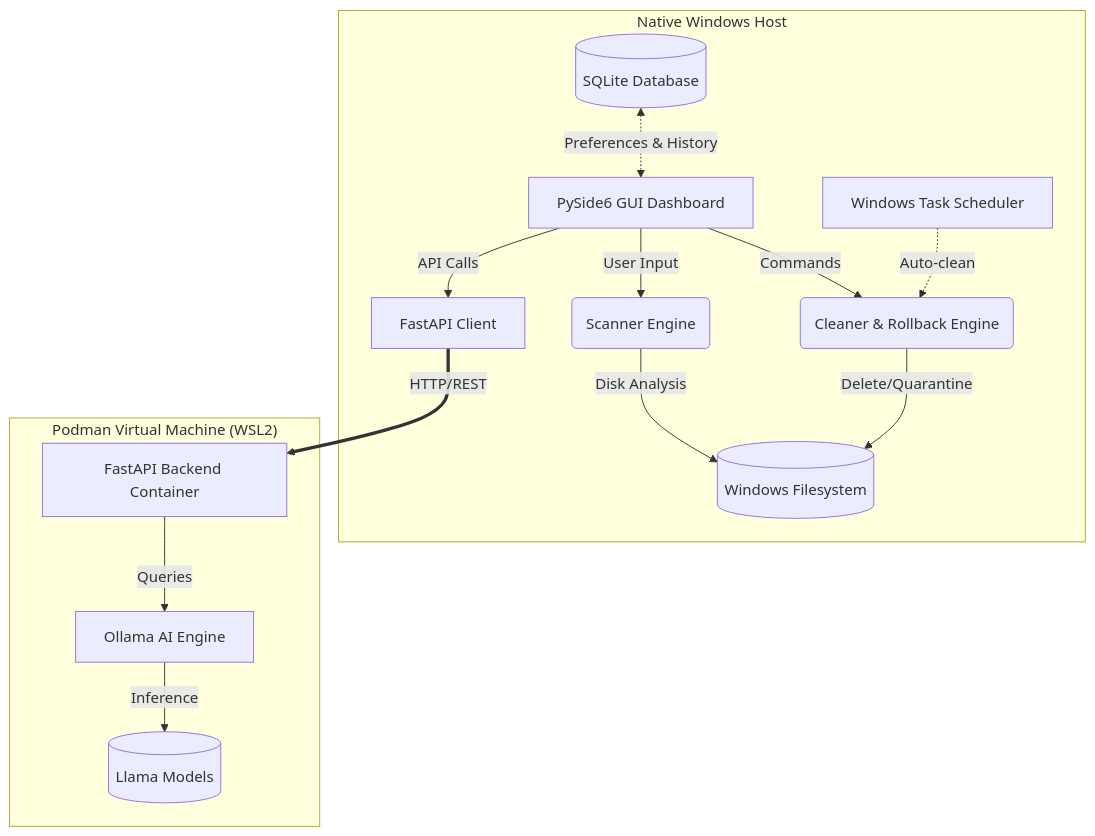
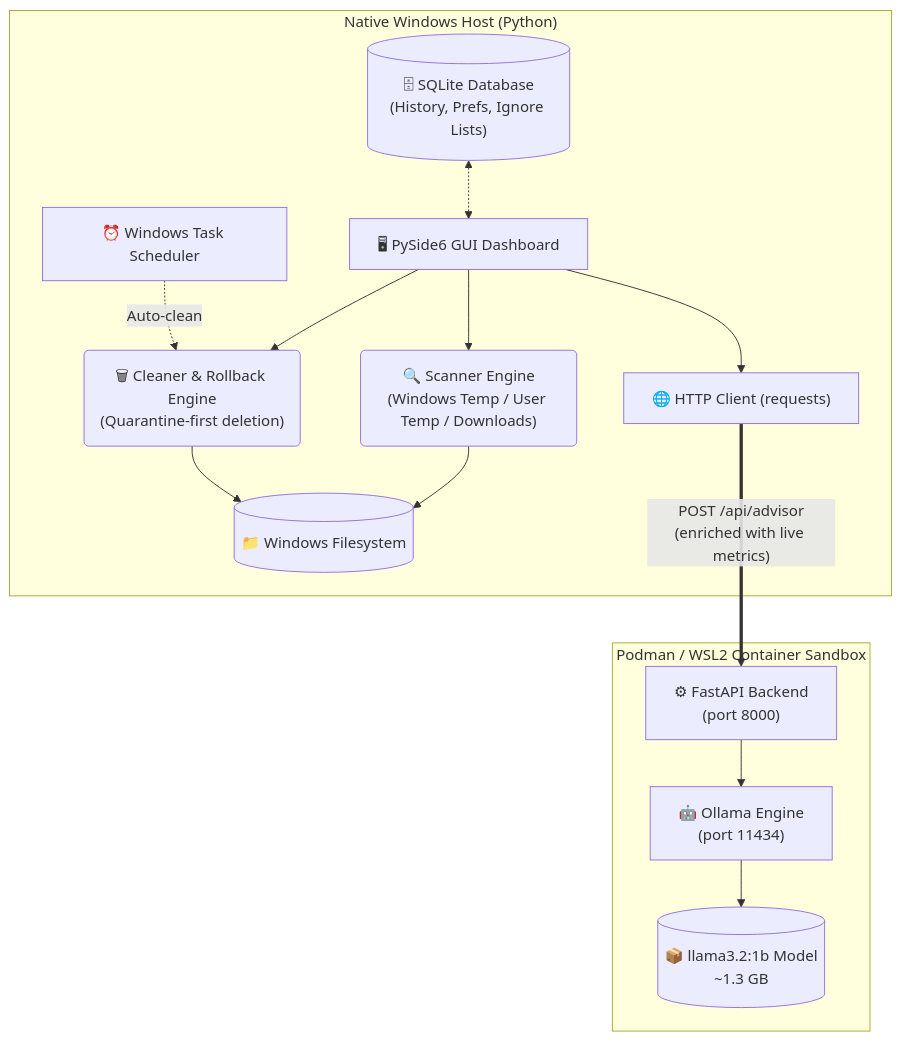
One commit to abbysweb/AI-Powered-Windows-Cleaner changed the diagram in README.md. Above: the diagram before and after it, drawn with Mermaid. The commit also changed other lines of this file and 2 other files, not shown here.

Commit message:
docs: complete README rewrite with all phases, real tech stack and architecture

````diff
--- a/README.md
+++ b/README.md
@@ -23,25 +22,25 @@
 ```mermaid
 graph TD
-    subgraph "Native Windows Host"
-        A[PySide6 GUI Dashboard] -->|User Input| B(Scanner Engine)
-        A -->|Commands| C(Cleaner & Rollback Engine)
-        A -->|API Calls| D[FastAPI Client]
-        
-        B -->|Disk Analysis| E[(Windows Filesystem)]
-        C -->|Delete/Quarantine| E
-        
-        F[Windows Task Scheduler] -.->|Auto-clean| C
-        G[(SQLite Database)] <-.->|Preferences & History| A
+    subgraph "Native Windows Host (Python)"
+        A["🖥 PySide6 GUI Dashboard"] --> B("🔍 Scanner Engine\n(Windows Temp / User Temp / Downloads)")
+        A --> C("🗑 Cleaner & Rollback Engine\n(Quarantine-first deletion)")
+        A --> D["🌐 HTTP Client (requests)"]
+
+        B --> E[("📁 Windows Filesystem")]
+        C --> E
+
+        F["⏰ Windows Task Scheduler"] -.->|Auto-clean| C
+        G[("🗄 SQLite Database\n(History, Prefs, Ignore Lists)")] <-.-> A
     end
 
-    subgraph "Podman Virtual Machine (WSL2)"
-        H[FastAPI Backend Container]
-        I[Ollama AI Engine]
-        J[(Llama Models)]
-        
-        H -->|Queries| I
-        I -->|Inference| J
+    subgraph "Podman / WSL2 Container Sandbox"
+        H["⚙ FastAPI Backend\n(port 8000)"]
+        I["🤖 Ollama Engine\n(port 11434)"]
+        J[("📦 llama3.2:1b Model\n~1.3 GB")]
+
+        H --> I
+        I --> J
     end
-    
-    D ==>|HTTP/REST| H
+
+    D ===>|"POST /api/advisor\n(enriched with live metrics)"| H
 ```
````
